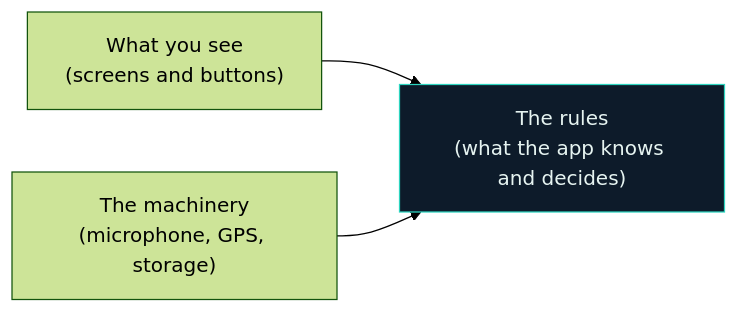
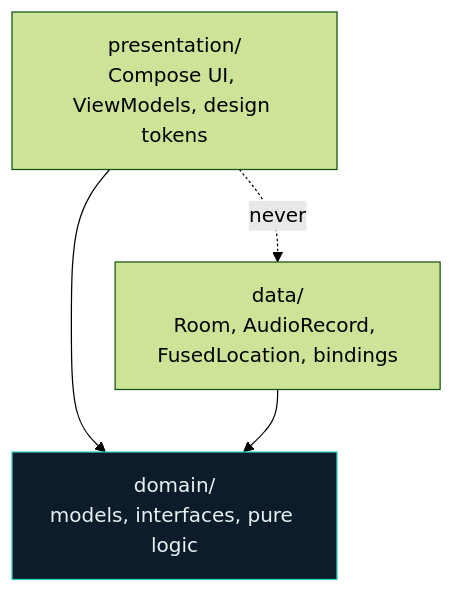
The first of 2 diagrams in ARCHITECTURE.md (Hitchgernn/mozzid-kotlin), drawn with Mermaid (forest theme) before and after one commit. The commit also changed other lines of this file and 2 other files, not shown here.

````diff
--- a/ARCHITECTURE.md
+++ b/ARCHITECTURE.md
@@ -38,8 +39,13 @@
 ```mermaid
-flowchart LR
-    P["What you see<br/>(screens and buttons)"] --> D["The rules<br/>(what the app knows and decides)"]
-    T["The machinery<br/>(microphone, GPS, storage)"] --> D
+flowchart TD
+    P["presentation/<br/>Compose UI, ViewModels, design tokens"]
+    D["domain/<br/>models, interfaces, pure logic"]
+    T["data/<br/>Room, AudioRecord, FusedLocation, bindings"]
+
+    P --> D
+    T --> D
+    P -. "never" .-> T
 
     classDef core fill:#0d1b2a,stroke:#2dd4bf,color:#e6f4f1;
     class D core;
 ```
````
